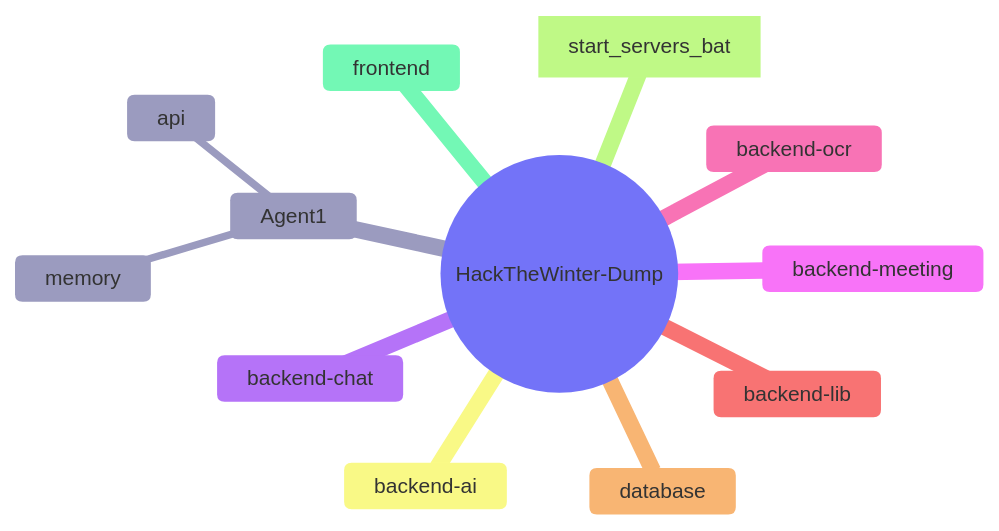
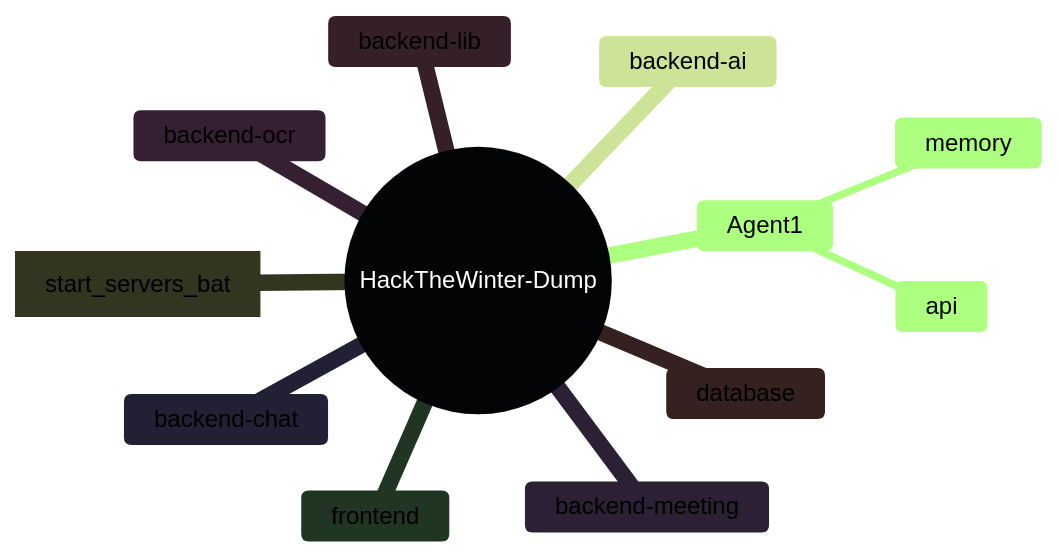
Before and after one commit to Adityakeerti/HackTheWinter-Dump: the first of 2 diagrams in PROJECT_OVERVIEW.md, drawn with Mermaid.

````diff
--- a/PROJECT_OVERVIEW.md
+++ b/PROJECT_OVERVIEW.md
@@ -17,24 +17,24 @@
 ```mermaid
 ---
 config:
-  theme: neo
+  theme: forest
   themeVariables:
     primaryColor: '#334155'
     mainBkg: '#334155'
     textColor: '#ffffff'
   themeCSS: '.mindmap-node label text, .mindmap-node text { fill: #ffffff !important; }'
 ---
 mindmap
   root((HackTheWinter-Dump))
     Agent1
       api
       memory
     backend-ai
     backend-chat
     backend-meeting
     backend-ocr
     backend-lib
     database
     ["start_servers_bat"]
     frontend
 ```
````
